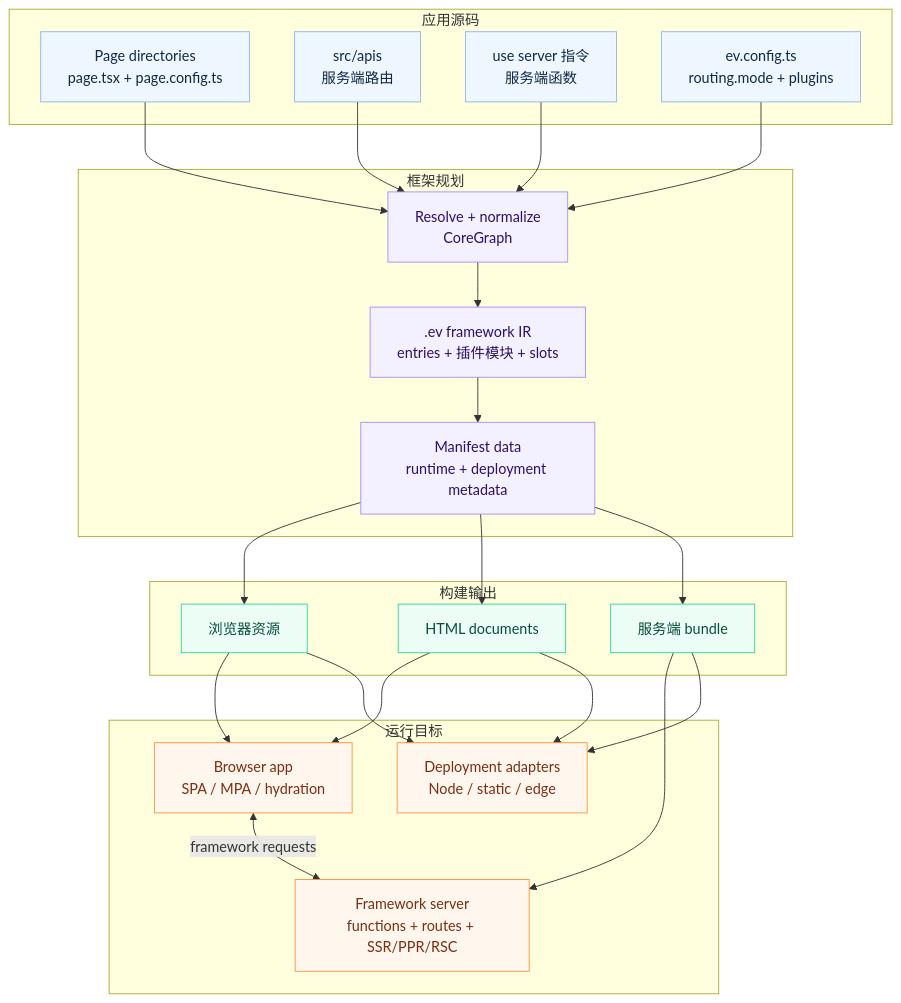
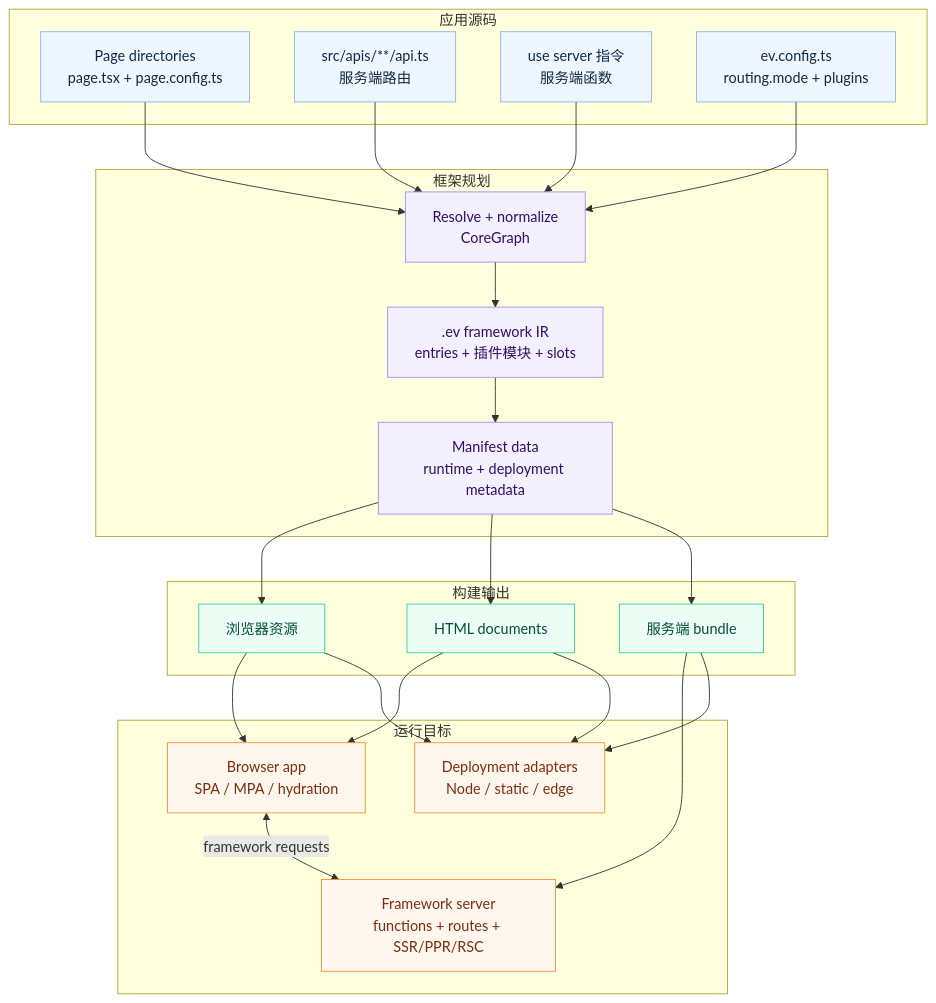
The diagram in docs/i18n/zh-Hans/docusaurus-plugin-content-docs/current/overview.md (afx-team/evjs), drawn with Mermaid before and after one commit. The commit also changed other lines of this file and 53 other files, not shown here.

````diff
--- a/docs/i18n/zh-Hans/docusaurus-plugin-content-docs/current/overview.md
+++ b/docs/i18n/zh-Hans/docusaurus-plugin-content-docs/current/overview.md
@@ -36,53 +38,53 @@
 ```mermaid
 flowchart TB
   subgraph Source["应用源码"]
     Pages["Page directories\npage.tsx + page.config.ts"]
-    APIs["src/apis\n服务端路由"]
+    APIs["src/apis/**/api.ts\n服务端路由"]
     Functions["use server 指令\n服务端函数"]
     Config["ev.config.ts\nrouting.mode + plugins"]
   end
 
   subgraph Framework["框架规划"]
     Discovery["Resolve + normalize\nCoreGraph"]
     IR[".ev framework IR\nentries + 插件模块 + slots"]
     Manifest["Manifest data\nruntime + deployment metadata"]
   end
 
   subgraph Output["构建输出"]
     Assets["浏览器资源"]
     HTML["HTML documents"]
     ServerBundle["服务端 bundle"]
   end
 
   subgraph Runtime["运行目标"]
     Browser["Browser app\nSPA / MPA / hydration"]
     Server["Framework server\nfunctions + routes + SSR/PPR/RSC"]
     Deploy["Deployment adapters\nNode / static / edge"]
   end
 
   Pages --> Discovery
   APIs --> Discovery
   Functions --> Discovery
   Config --> Discovery
   Discovery --> IR
   IR --> Manifest
   Manifest --> Assets
   Manifest --> HTML
   Manifest --> ServerBundle
   Assets --> Browser
   HTML --> Browser
   ServerBundle --> Server
   Browser <-->|"framework requests"| Server
   Assets --> Deploy
   HTML --> Deploy
   ServerBundle --> Deploy
 
   classDef source fill:#eef6ff,stroke:#8fb5e8,color:#102a43;
   classDef ir fill:#f3f0ff,stroke:#a78bfa,color:#2e1065;
   classDef output fill:#ecfdf5,stroke:#34d399,color:#064e3b;
   classDef runtime fill:#fff7ed,stroke:#fb923c,color:#7c2d12;
   class Pages,APIs,Functions,Config source;
   class Discovery,IR,Manifest ir;
   class Assets,HTML,ServerBundle output;
   class Browser,Server,Deploy runtime;
 ```
````
